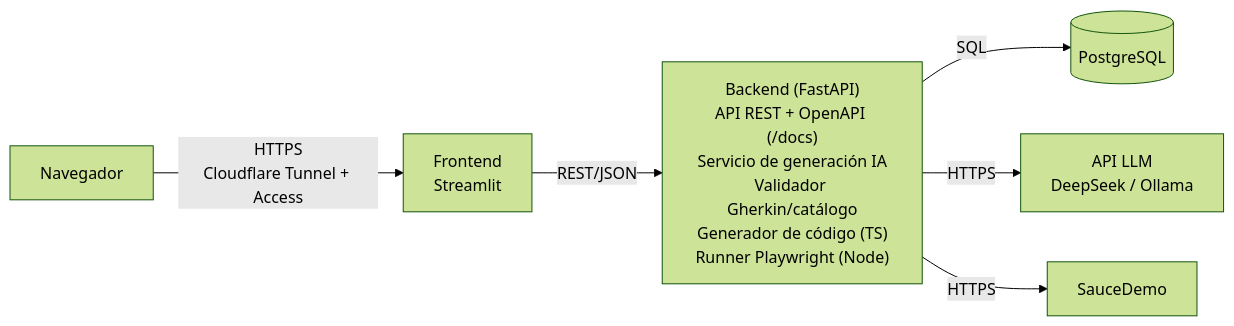
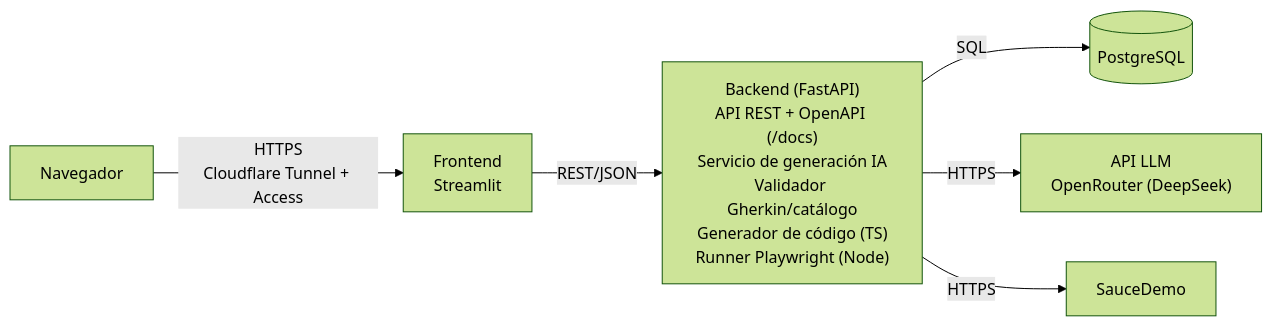
The diagram in README.md (odremano/QACopilot), drawn with Mermaid (forest theme) before and after one commit. The commit also changed other lines of this file and 4 other files, not shown here.

First line of the commit message:
docs: bitácora S4, diagrama de secuencia de la generación y README actualizado

````diff
--- a/README.md
+++ b/README.md
@@ -13,8 +13,8 @@
 ```mermaid
 flowchart LR
     nav["Navegador"] -->|"HTTPS<br/>Cloudflare Tunnel + Access"| fe["Frontend<br/>Streamlit"]
     fe -->|"REST/JSON"| be["Backend (FastAPI)<br/>API REST + OpenAPI (/docs)<br/>Servicio de generación IA<br/>Validador Gherkin/catálogo<br/>Generador de código (TS)<br/>Runner Playwright (Node)"]
     be -->|SQL| db[("PostgreSQL")]
-    be -->|HTTPS| llm["API LLM<br/>DeepSeek / Ollama"]
+    be -->|HTTPS| llm["API LLM<br/>OpenRouter (DeepSeek)"]
     be -->|HTTPS| sut["SauceDemo"]
 ```
````
